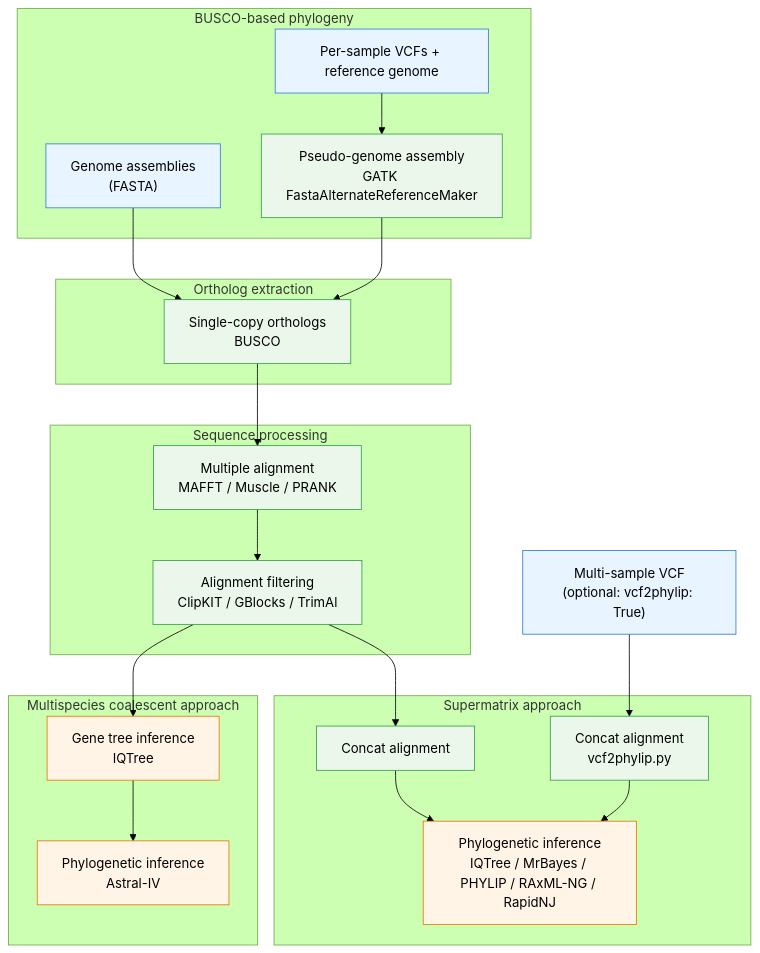
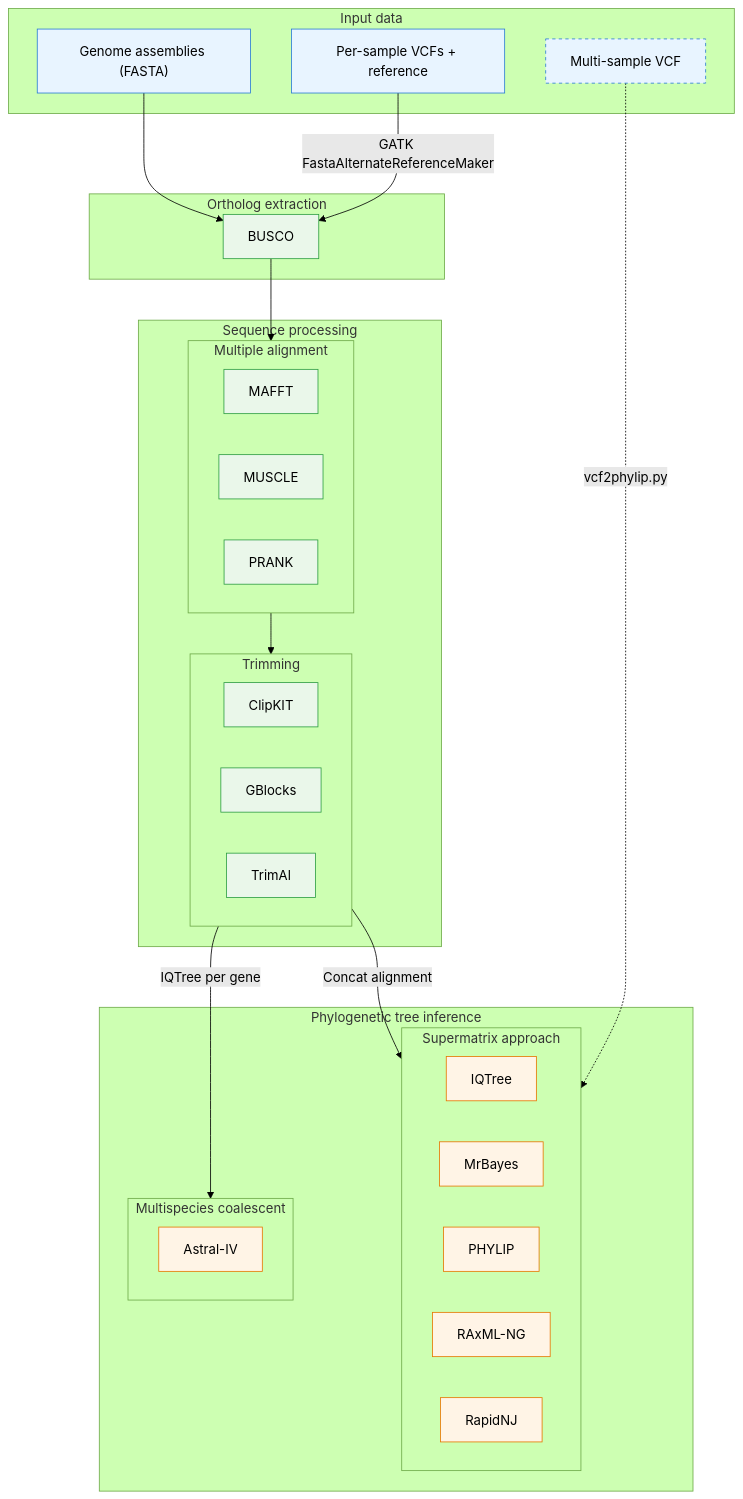
One commit to tomarovsky/BuscoClade changed the diagram in README.md. Above: the diagram before and after it, drawn with Mermaid (forest theme).

````diff
--- a/README.md
+++ b/README.md
@@ -13,61 +13,65 @@
 ```mermaid
 flowchart TD
 
 %% ----- INPUT -----
-subgraph INPUT["BUSCO-based phylogeny"]
-A_fa["Genome assemblies<br/>(FASTA)"]
-A_vcf["Per-sample VCFs + reference genome"]
-A_gatk["Pseudo-genome assembly<br/>GATK FastaAlternateReferenceMaker"]
+subgraph INPUT["Input data"]
+A_fa["Genome assemblies (FASTA)"]
+A_vcf["Per-sample VCFs + reference"]
+A_vcf2["Multi-sample VCF"]
 end
 
 %% ----- BUSCO -----
 subgraph BUSCO["Ortholog extraction"]
-B_busco["Single-copy orthologs<br/>BUSCO"]
+B_busco["BUSCO"]
 end
 
 %% ----- PREPROCESSING -----
 subgraph PREP["Sequence processing"]
-C_aln["Multiple alignment<br/>MAFFT / Muscle / PRANK"]
-C_flt["Alignment filtering<br/>ClipKIT / GBlocks / TrimAl"]
+subgraph ALN["Multiple alignment"]
+C_mafft["MAFFT"]
+C_muscle["MUSCLE"]
+C_prank["PRANK"]
+end
+subgraph FLT["Trimming"]
+C_clipkit["ClipKIT"]
+C_gblocks["GBlocks"]
+C_trimal["TrimAl"]
+end
 end
 
-%% ----- TREE APPROACH -----
-subgraph TREE["Multispecies coalescent approach"]
-D_gt["Gene tree inference<br/>IQTree"]
-D_ast["Phylogenetic inference<br/>Astral-IV"]
+%% ----- PHYLOGENY -----
+subgraph PHYLO["Phylogenetic tree inference"]
+subgraph CONCAT["Supermatrix approach"]
+E_iqtree["IQTree"]
+E_mrbayes["MrBayes"]
+E_phylip["PHYLIP"]
+E_raxml["RAxML-NG"]
+E_rapidnj["RapidNJ"]
 end
-
-%% ----- CONCAT -----
-subgraph CONCAT["Supermatrix approach"]
-E_cat["Concat alignment"]
-E_vcf["Concat alignment<br/>vcf2phylip.py"]
-E_phy["Phylogenetic inference<br/>IQTree / MrBayes / PHYLIP / RAxML-NG / RapidNJ"]
+subgraph TREE["Multispecies coalescent"]
+D_ast["Astral-IV"]
 end
-
-%% ----- VCF2PHYLIP -----
-M2["Multi-sample VCF<br/>(optional: vcf2phylip: True)"]
+end
 
 %% ----- EDGES: MAIN -----
 A_fa --> B_busco
-A_vcf --> A_gatk
-A_gatk --> B_busco
-B_busco --> C_aln
-C_aln --> C_flt
-C_flt --> D_gt
-D_gt --> D_ast
-C_flt --> E_cat
-E_cat --> E_phy
+A_vcf -->|"GATK FastaAlternateReferenceMaker"| B_busco
+B_busco --> ALN
+ALN --> FLT
+FLT -->|"Concat alignment"| CONCAT
+FLT -->|"IQTree per gene"| TREE
 
 %% ----- EDGES: VCF2PHYLIP -----
-M2 --> E_vcf
-E_vcf --> E_phy
+A_vcf2 -. "vcf2phylip.py" .-> CONCAT
 
 %% ----- STYLE -----
 classDef input fill:#e8f4ff,stroke:#2b7cd3,stroke-width:1px
 classDef process fill:#eaf7ea,stroke:#2f9e44,stroke-width:1px
 classDef phylo fill:#fff4e6,stroke:#e67700,stroke-width:1px
+classDef optional fill:#e8f4ff,stroke:#2b7cd3,stroke-width:1px,stroke-dasharray:4 4
 
-class A_fa,A_vcf,M2 input
-class A_gatk,B_busco,C_aln,C_flt,E_cat,E_vcf process
-class D_gt,D_ast,E_phy phylo
+class A_fa,A_vcf input
+class B_busco,C_mafft,C_muscle,C_prank,C_clipkit,C_gblocks,C_trimal process
+class D_ast,E_iqtree,E_mrbayes,E_phylip,E_raxml,E_rapidnj phylo
+class A_vcf2 optional
 ```
````
